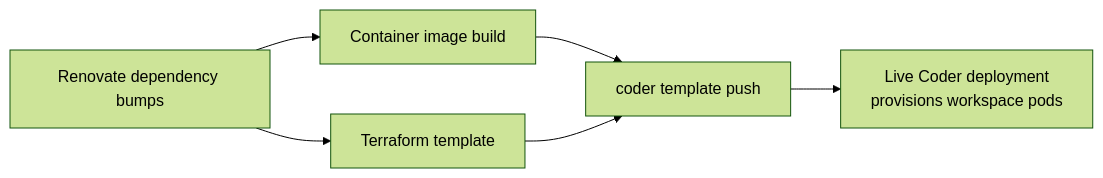
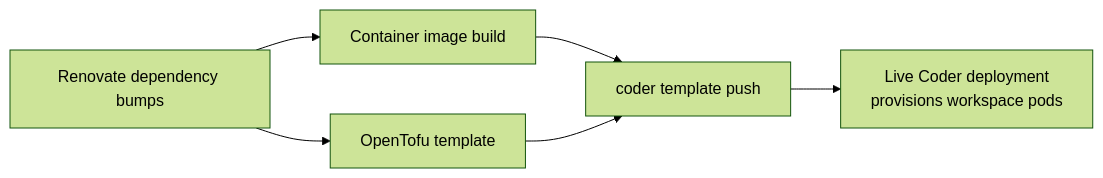
Before and after one commit to ppat/coder: the first of 2 diagrams in DESIGN.md, drawn with Mermaid (forest theme). The commit also changed other lines of this file and 14 other files, not shown here.

````diff
--- a/DESIGN.md
+++ b/DESIGN.md
@@ -11,9 +11,9 @@
 ```mermaid
 flowchart LR
     Renovate[Renovate dependency bumps] --> Image
     Renovate --> Template
 
     Image[Container image build] --> Push[coder template push]
-    Template[Terraform template] --> Push
+    Template[OpenTofu template] --> Push
     Push --> Live[Live Coder deployment<br/>provisions workspace pods]
 ```
````
